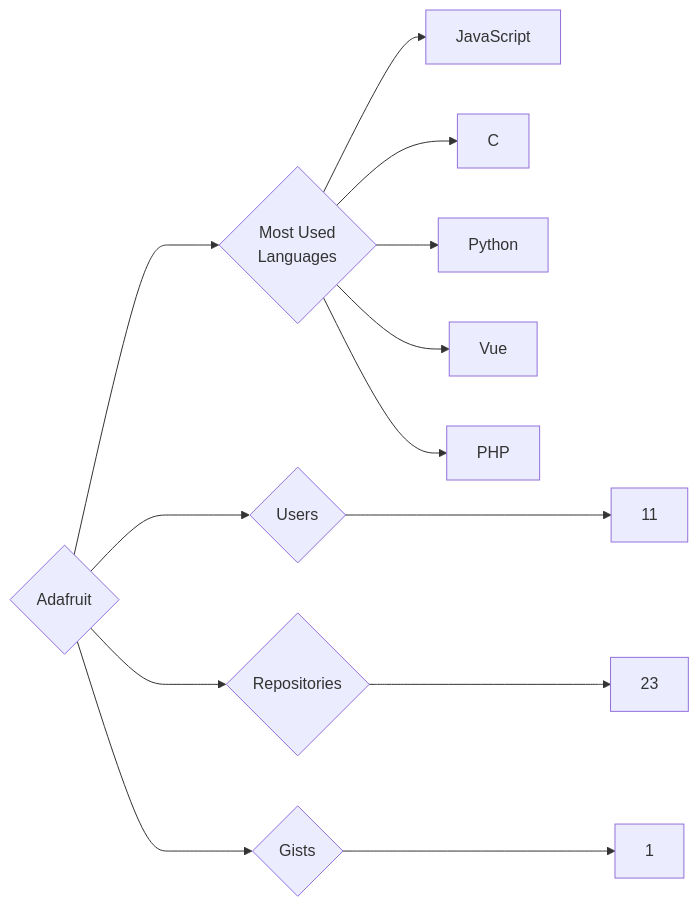
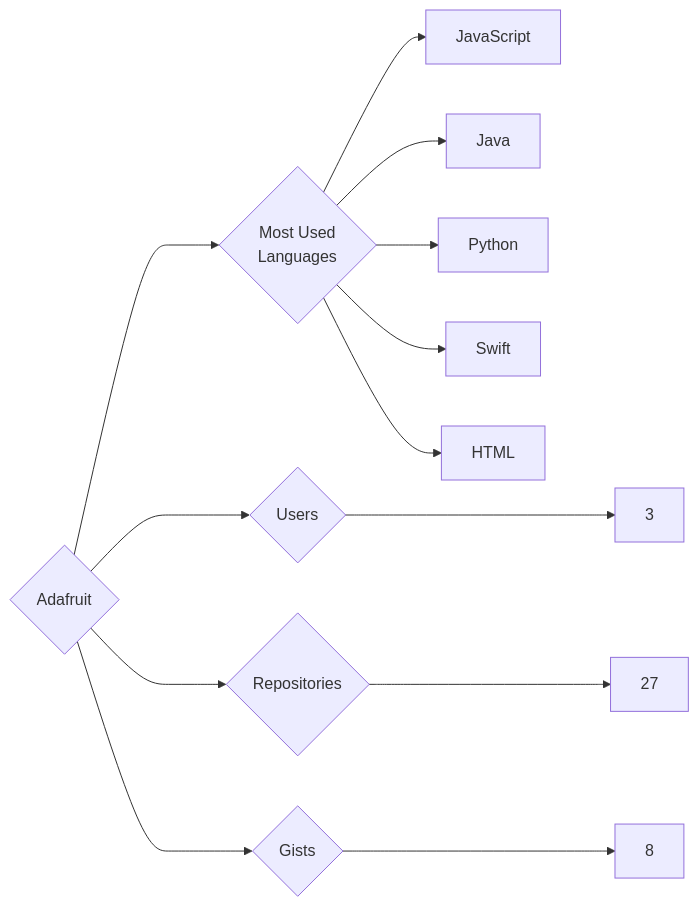
Before and after one commit to trickest/insiders: the diagram in targets/Adafruit/README.md, drawn with Mermaid. The commit also changed 1036 other files, not shown here.

````diff
--- a/targets/Adafruit/README.md
+++ b/targets/Adafruit/README.md
@@ -3,13 +3,13 @@
 ```mermaid
 graph LR
 COMPANY_NAME{Adafruit}
-COMPANY_NAME ---> U{Users} ---> UN[11]
-COMPANY_NAME ---> R{Repositories} ---> RN[23]
-COMPANY_NAME ---> G{Gists} ---> GN[1]
+COMPANY_NAME ---> U{Users} ---> UN[3]
+COMPANY_NAME ---> R{Repositories} ---> RN[27]
+COMPANY_NAME ---> G{Gists} ---> GN[8]
 COMPANY_NAME ---> ML{Most Used<br>Languages}
 ML --> JavaScript[JavaScript]
-ML --> C[C]
+ML --> Java[Java]
 ML --> Python[Python]
-ML --> Vue[Vue]
-ML --> PHP[PHP]
+ML --> Swift[Swift]
+ML --> HTML[HTML]
 ```
````
